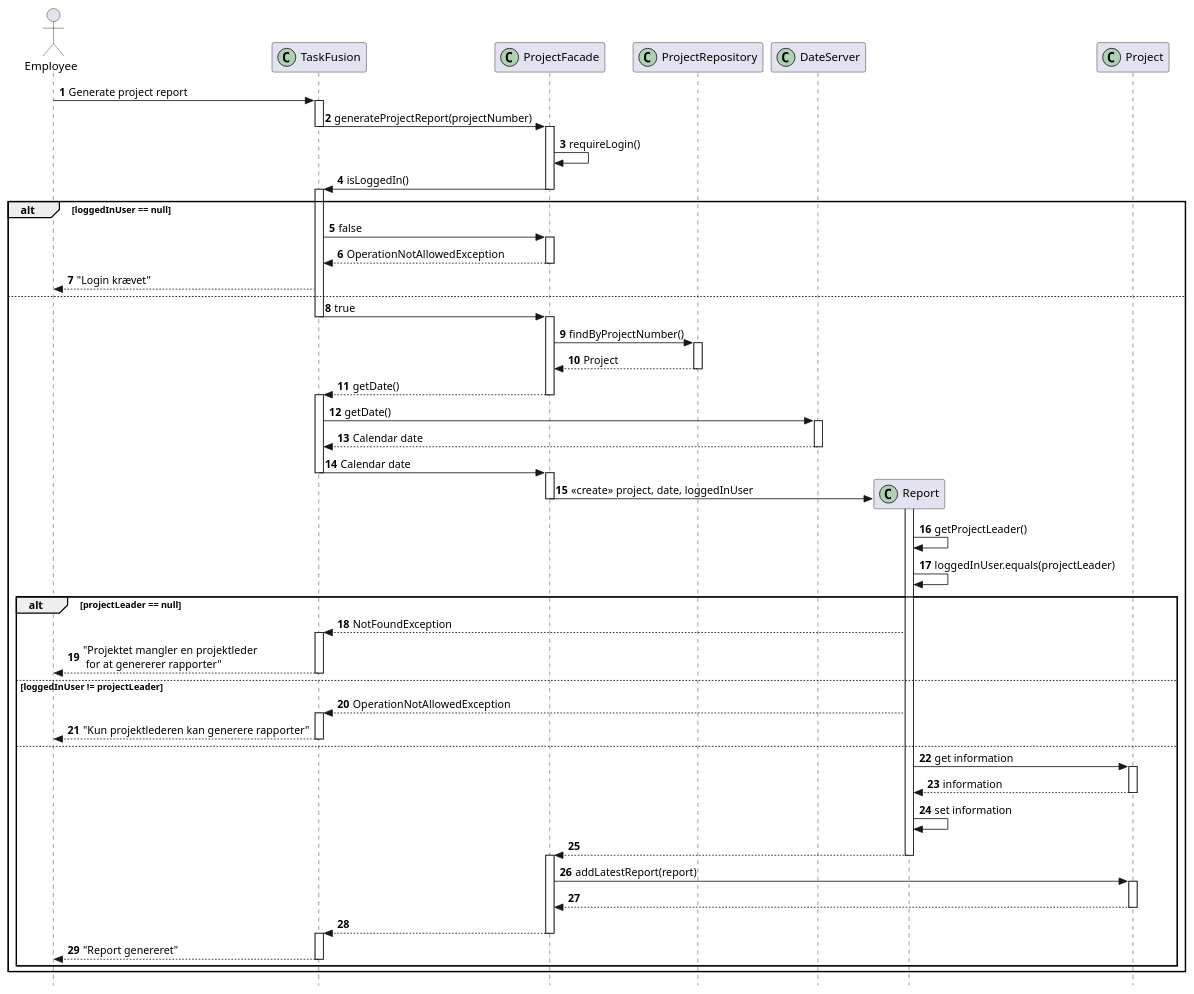
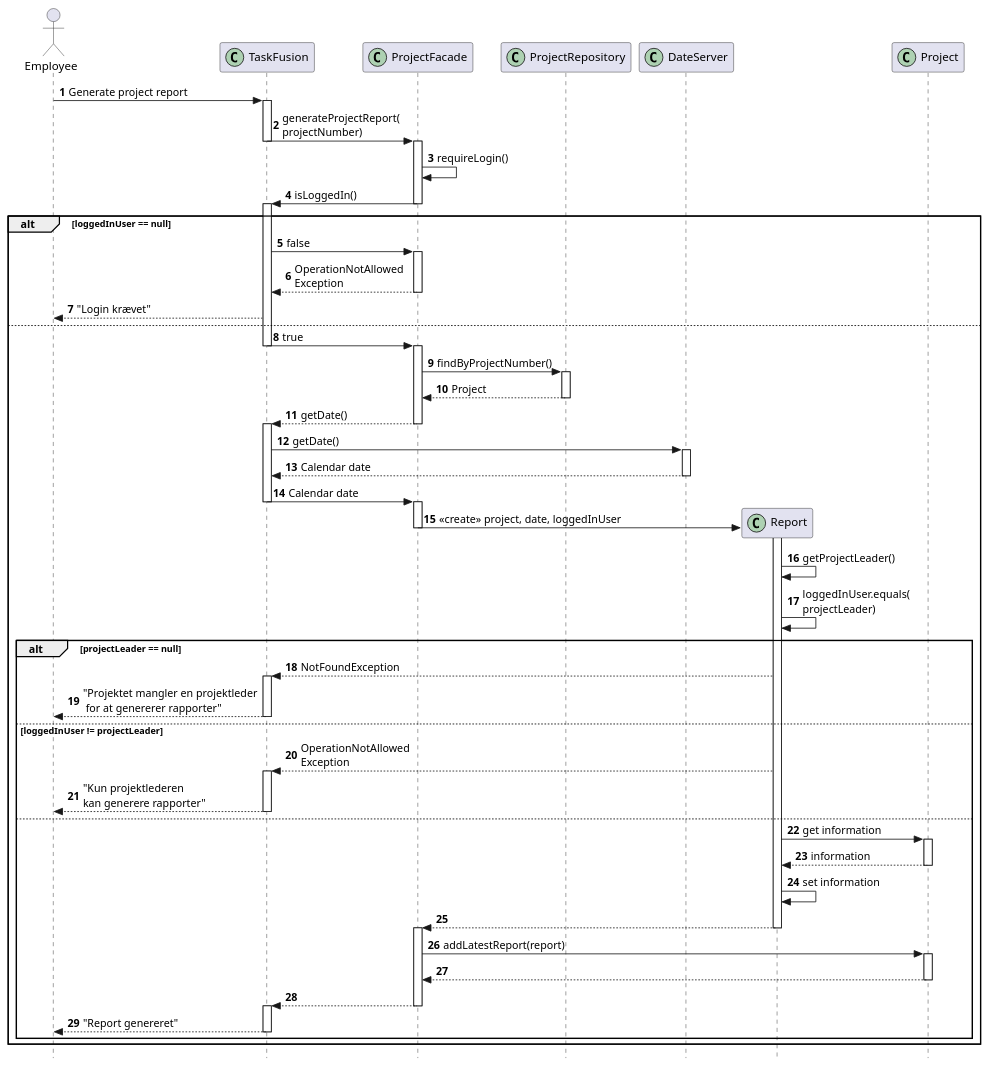
Before and after one commit to rwiuff/02161ExamProject: the diagram in RequirementsAndDesign/SequenceDiagrams/generateProjectReport.puml, drawn with PlantUML. The commit also changed 23 other files, not shown here.

```diff
--- a/RequirementsAndDesign/SequenceDiagrams/generateProjectReport.puml
+++ b/RequirementsAndDesign/SequenceDiagrams/generateProjectReport.puml
@@ -1,55 +1,55 @@
 @startuml seqGenerateProjectReport
 autonumber
 hide footbox
 skinparam style strictuml
 hide unlinked
 actor "Employee" as employee
 participant "TaskFusion" as app << (C,#ADD1B2) >>
 participant "ProjectFacade" as projectfacade << (C,#ADD1B2) >>
 participant "ProjectRepository" as projectrepo << (C,#ADD1B2) >>
 participant "DateServer" as ds << (C,#ADD1B2) >>
 participant "Report" as report << (C,#ADD1B2) >>
 participant "Project" as project << (C,#ADD1B2) >>
 participant "ProjectActivity" as projectactivity << (C,#ADD1B2) >>
 collections "List<WorktimeRegistrations> worktimesRegistrations" as wts << (L, DarkCyan) >>
 participant "WorktimeRegistration" as wt << (C,#ADD1B2) >>
 collections "List<WorktimeRegistrations> userWorktimeRegistrasions" as empwts << (L, DarkCyan) >>
 employee -> app++: Generate project report
-app -> projectfacade--++: generateProjectReport(projectNumber)
+app -> projectfacade--++: generateProjectReport(\nprojectNumber)
 projectfacade -> projectfacade: requireLogin()
 projectfacade -> app--++: isLoggedIn()
 alt loggedInUser == null
     app -> projectfacade++: false
-    projectfacade --> app--: OperationNotAllowedException
+    projectfacade --> app--: OperationNotAllowed\nException
     app --> employee: "Login krævet"
 else
     app -> projectfacade--++: true
     projectfacade -> projectrepo++: findByProjectNumber()
     projectrepo --> projectfacade--: Project
     projectfacade --> app--++: getDate()
     app -> ds++: getDate()
     ds --> app--: Calendar date
     app -> projectfacade--++: Calendar date
     projectfacade -> report**: <<create>> project, date, loggedInUser
     deactivate projectfacade
     activate report
     report -> report: getProjectLeader()
-    report -> report: loggedInUser.equals(projectLeader)
+    report -> report: loggedInUser.equals(\nprojectLeader)
     alt projectLeader == null
         report --> app++: NotFoundException
         app --> employee--: "Projektet mangler en projektleder\n for at genererer rapporter"
     else loggedInUser != projectLeader
-        report --> app++: OperationNotAllowedException
-        app --> employee--: "Kun projektlederen kan generere rapporter"
+        report --> app++: OperationNotAllowed\nException
+        app --> employee--: "Kun projektlederen\nkan generere rapporter"
     else
         report -> project++: get information
         project --> report--: information
         report -> report: set information
         report --> projectfacade--++:
         projectfacade -> project++: addLatestReport(report)
         project --> projectfacade--:
         projectfacade --> app--++:
         app --> employee--: "Report genereret"
     end
 end
 @enduml
```
